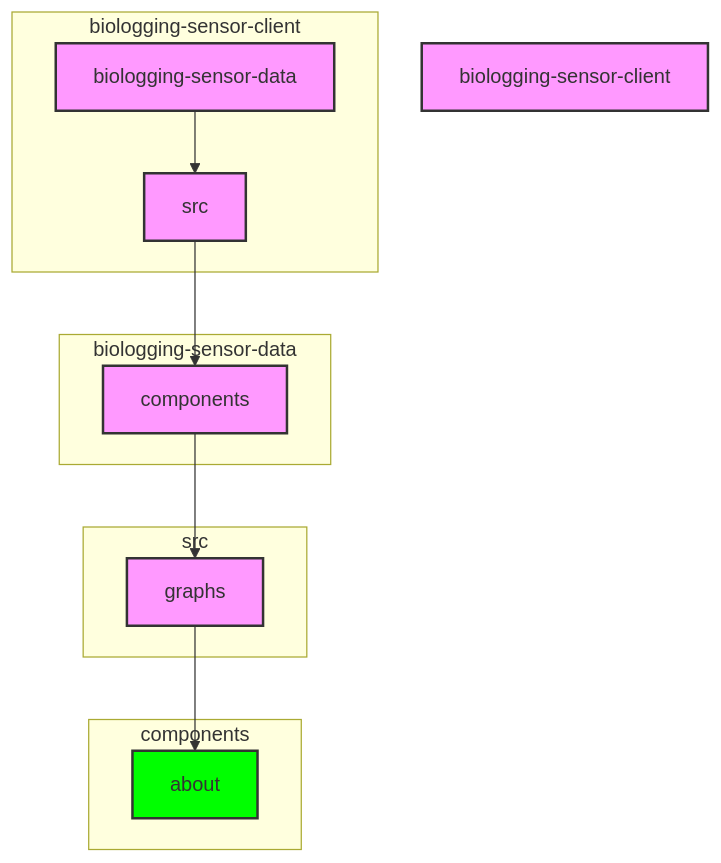
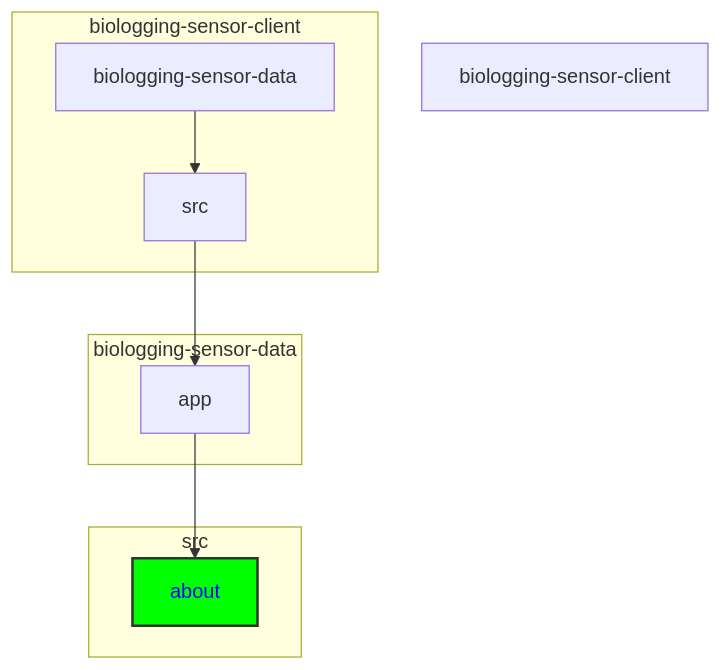
The diagram in draft-delete.md (Khosiyat/Algorithms), drawn with Mermaid before and after one commit.

````diff
--- a/draft-delete.md
+++ b/draft-delete.md
@@ -1,31 +1,21 @@
 ```mermaid
 graph TD
     A["biologging-sensor-client"] 
     B["biologging-sensor-data"]
     C["src"]
-    D["components"]
-    E["graphs"]
-    F["about"]
-
+    D["app"]
+    E["<span style='color:blue'>about</span>"]
+    
     subgraph biologging-sensor-client
         B --> C
     end
     subgraph biologging-sensor-data
         C --> D
     end
     subgraph src
         D --> E
     end
-    subgraph components
-        E --> F
-    end
 
-    style A fill:#f9f,stroke:#333,stroke-width:2px;
-    style B fill:#f9f,stroke:#333,stroke-width:2px;
-    style C fill:#f9f,stroke:#333,stroke-width:2px;
-    style D fill:#f9f,stroke:#333,stroke-width:2px;
-    style E fill:#f9f,stroke:#333,stroke-width:2px;
-    style F fill:#0f0,stroke:#333,stroke-width:2px;
-
+    style E fill:#0f0,stroke:#333,stroke-width:2px;
 
 ```
````
